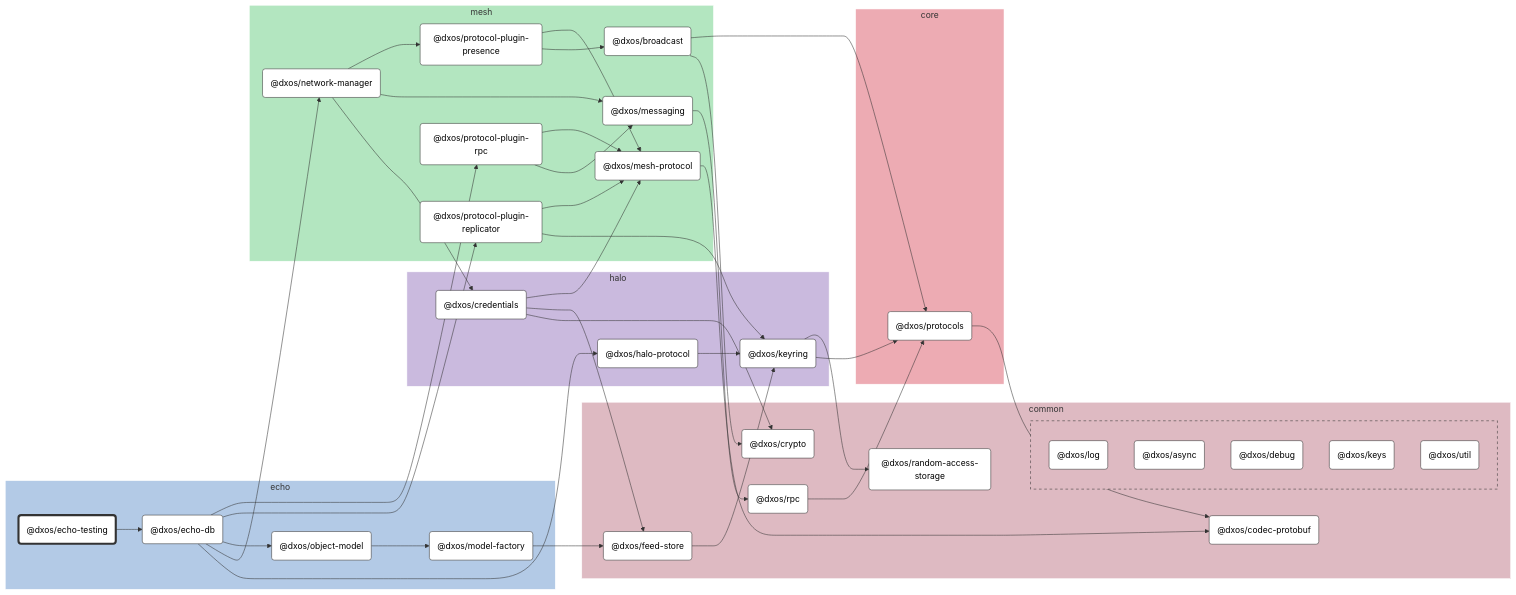
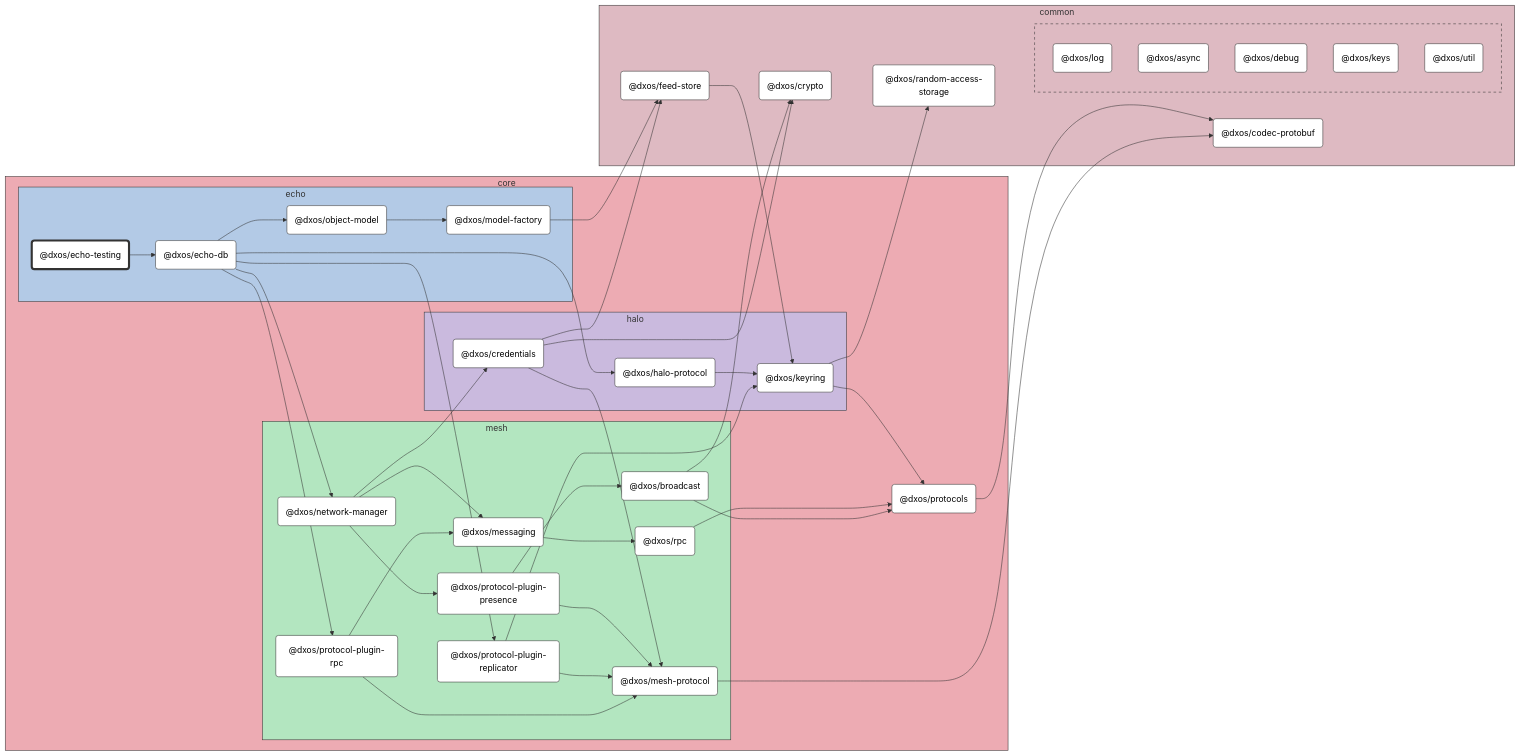
Before and after one commit to dxos/dxos: the diagram in packages/core/echo/echo-testing/docs/README.md, drawn with Mermaid (neutral theme). The commit also changed other lines of this file and 89 other files, not shown here.

```diff
--- a/packages/core/echo/echo-testing/docs/README.md
+++ b/packages/core/echo/echo-testing/docs/README.md
@@ -15,20 +15,56 @@
 
 %% Nodes
 
-subgraph echo [echo]
-  style echo fill:#b3cae6,stroke:#fff
-  dxos/echo-testing("@dxos/echo-testing"):::root
-  click dxos/echo-testing "dxos/dxos/tree/main/packages/core/echo/echo-testing/docs"
-  dxos/echo-db("@dxos/echo-db"):::def
-  click dxos/echo-db "dxos/dxos/tree/main/packages/core/echo/echo-db/docs"
-  dxos/model-factory("@dxos/model-factory"):::def
-  click dxos/model-factory "dxos/dxos/tree/main/packages/core/echo/model-factory/docs"
-  dxos/object-model("@dxos/object-model"):::def
-  click dxos/object-model "dxos/dxos/tree/main/packages/core/echo/object-model/docs"
+subgraph core [core]
+  style core fill:#edabb3,stroke:#333
+  dxos/protocols("@dxos/protocols"):::def
+  click dxos/protocols "dxos/dxos/tree/main/packages/core/protocols/docs"
+
+  subgraph echo [echo]
+    style echo fill:#b3cae6,stroke:#333
+    dxos/echo-testing("@dxos/echo-testing"):::root
+    click dxos/echo-testing "dxos/dxos/tree/main/packages/core/echo/echo-testing/docs"
+    dxos/echo-db("@dxos/echo-db"):::def
+    click dxos/echo-db "dxos/dxos/tree/main/packages/core/echo/echo-db/docs"
+    dxos/model-factory("@dxos/model-factory"):::def
+    click dxos/model-factory "dxos/dxos/tree/main/packages/core/echo/model-factory/docs"
+    dxos/object-model("@dxos/object-model"):::def
+    click dxos/object-model "dxos/dxos/tree/main/packages/core/echo/object-model/docs"
+  end
+
+  subgraph halo [halo]
+    style halo fill:#cabade,stroke:#333
+    dxos/credentials("@dxos/credentials"):::def
+    click dxos/credentials "dxos/dxos/tree/main/packages/core/halo/credentials/docs"
+    dxos/keyring("@dxos/keyring"):::def
+    click dxos/keyring "dxos/dxos/tree/main/packages/core/halo/keyring/docs"
+    dxos/halo-protocol("@dxos/halo-protocol"):::def
+    click dxos/halo-protocol "dxos/dxos/tree/main/packages/core/halo/halo-protocol/docs"
+  end
+
+  subgraph mesh [mesh]
+    style mesh fill:#b3e6c0,stroke:#333
+    dxos/mesh-protocol("@dxos/mesh-protocol"):::def
+    click dxos/mesh-protocol "dxos/dxos/tree/main/packages/core/mesh/mesh-protocol/docs"
+    dxos/messaging("@dxos/messaging"):::def
+    click dxos/messaging "dxos/dxos/tree/main/packages/core/mesh/messaging/docs"
+    dxos/rpc("@dxos/rpc"):::def
+    click dxos/rpc "dxos/dxos/tree/main/packages/core/mesh/rpc/docs"
+    dxos/network-manager("@dxos/network-manager"):::def
+    click dxos/network-manager "dxos/dxos/tree/main/packages/core/mesh/network-manager/docs"
+    dxos/protocol-plugin-presence("@dxos/protocol-plugin-presence"):::def
+    click dxos/protocol-plugin-presence "dxos/dxos/tree/main/packages/core/mesh/protocol-plugin-presence/docs"
+    dxos/broadcast("@dxos/broadcast"):::def
+    click dxos/broadcast "dxos/dxos/tree/main/packages/core/mesh/broadcast/docs"
+    dxos/protocol-plugin-replicator("@dxos/protocol-plugin-replicator"):::def
+    click dxos/protocol-plugin-replicator "dxos/dxos/tree/main/packages/core/mesh/protocol-plugin-replicator/docs"
+    dxos/protocol-plugin-rpc("@dxos/protocol-plugin-rpc"):::def
+    click dxos/protocol-plugin-rpc "dxos/dxos/tree/main/packages/core/mesh/protocol-plugin-rpc/docs"
+  end
 end
 
 subgraph common [common]
-  style common fill:#debac2,stroke:#fff
+  style common fill:#debac2,stroke:#333
   dxos/codec-protobuf("@dxos/codec-protobuf"):::def
   click dxos/codec-protobuf "dxos/dxos/tree/main/packages/common/codec-protobuf/docs"
   dxos/crypto("@dxos/crypto"):::def
@@ -37,11 +73,9 @@
   click dxos/feed-store "dxos/dxos/tree/main/packages/common/feed-store/docs"
   dxos/random-access-storage("@dxos/random-access-storage"):::def
   click dxos/random-access-storage "dxos/dxos/tree/main/packages/common/random-access-storage/docs"
-  dxos/rpc("@dxos/rpc"):::def
-  click dxos/rpc "dxos/dxos/tree/main/packages/core/mesh/rpc/docs"
 
-  subgraph common-excluded [ ]
-    style common-excluded fill:#debac2,stroke:#333,stroke-dasharray:5 5
+  subgraph _ [ ]
+    style _ fill:#debac2,stroke:#333,stroke-dasharray:5 5
     dxos/log("@dxos/log"):::def
     click dxos/log "dxos/dxos/tree/main/packages/common/log/docs"
     dxos/async("@dxos/async"):::def
@@ -53,40 +87,6 @@
     dxos/util("@dxos/util"):::def
     click dxos/util "dxos/dxos/tree/main/packages/common/util/docs"
   end
-end
-
-subgraph halo [halo]
-  style halo fill:#cabade,stroke:#fff
-  dxos/credentials("@dxos/credentials"):::def
-  click dxos/credentials "dxos/dxos/tree/main/packages/core/halo/credentials/docs"
-  dxos/keyring("@dxos/keyring"):::def
-  click dxos/keyring "dxos/dxos/tree/main/packages/core/halo/keyring/docs"
-  dxos/halo-protocol("@dxos/halo-protocol"):::def
-  click dxos/halo-protocol "dxos/dxos/tree/main/packages/core/halo/halo-protocol/docs"
-end
-
-subgraph core [core]
-  style core fill:#edabb3,stroke:#fff
-  dxos/protocols("@dxos/protocols"):::def
-  click dxos/protocols "dxos/dxos/tree/main/packages/core/protocols/docs"
-end
-
-subgraph mesh [mesh]
-  style mesh fill:#b3e6c0,stroke:#fff
-  dxos/mesh-protocol("@dxos/mesh-protocol"):::def
-  click dxos/mesh-protocol "dxos/dxos/tree/main/packages/core/mesh/mesh-protocol/docs"
-  dxos/messaging("@dxos/messaging"):::def
-  click dxos/messaging "dxos/dxos/tree/main/packages/core/mesh/messaging/docs"
-  dxos/network-manager("@dxos/network-manager"):::def
-  click dxos/network-manager "dxos/dxos/tree/main/packages/core/mesh/network-manager/docs"
-  dxos/protocol-plugin-presence("@dxos/protocol-plugin-presence"):::def
-  click dxos/protocol-plugin-presence "dxos/dxos/tree/main/packages/core/mesh/protocol-plugin-presence/docs"
-  dxos/broadcast("@dxos/broadcast"):::def
-  click dxos/broadcast "dxos/dxos/tree/main/packages/core/mesh/broadcast/docs"
-  dxos/protocol-plugin-replicator("@dxos/protocol-plugin-replicator"):::def
-  click dxos/protocol-plugin-replicator "dxos/dxos/tree/main/packages/core/mesh/protocol-plugin-replicator/docs"
-  dxos/protocol-plugin-rpc("@dxos/protocol-plugin-rpc"):::def
-  click dxos/protocol-plugin-rpc "dxos/dxos/tree/main/packages/core/mesh/protocol-plugin-rpc/docs"
 end
 
 %% Links
```
